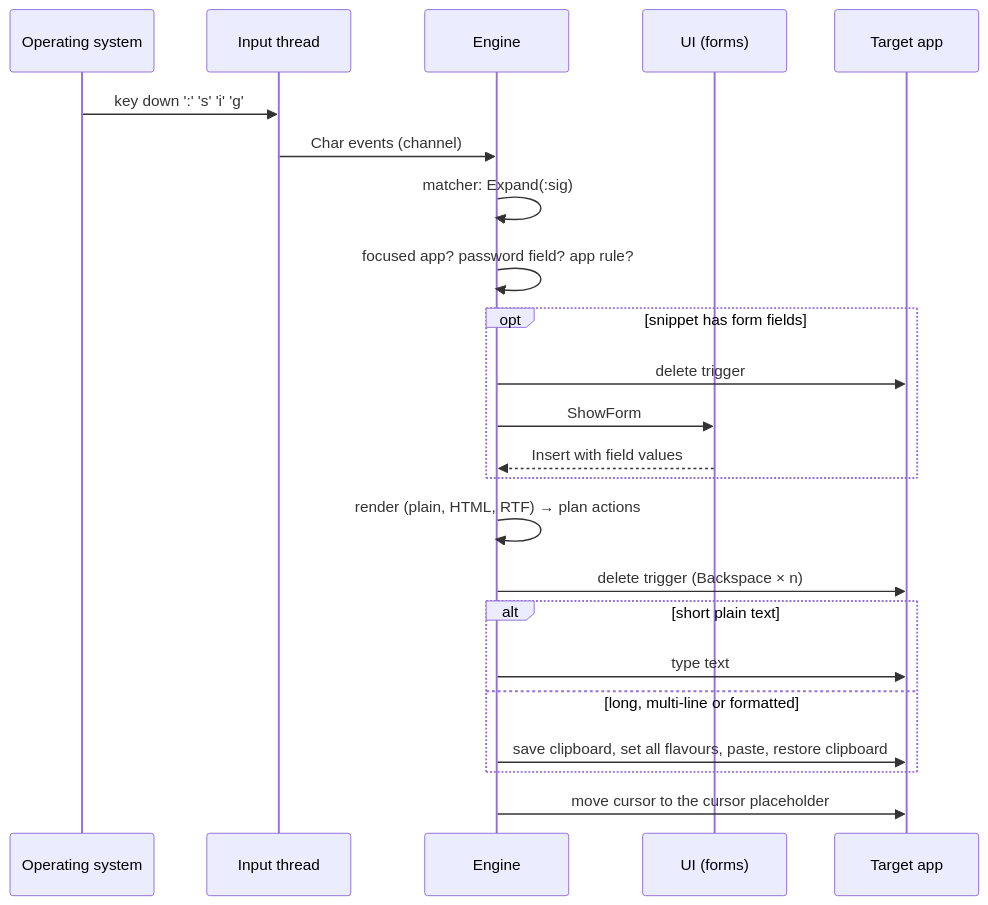
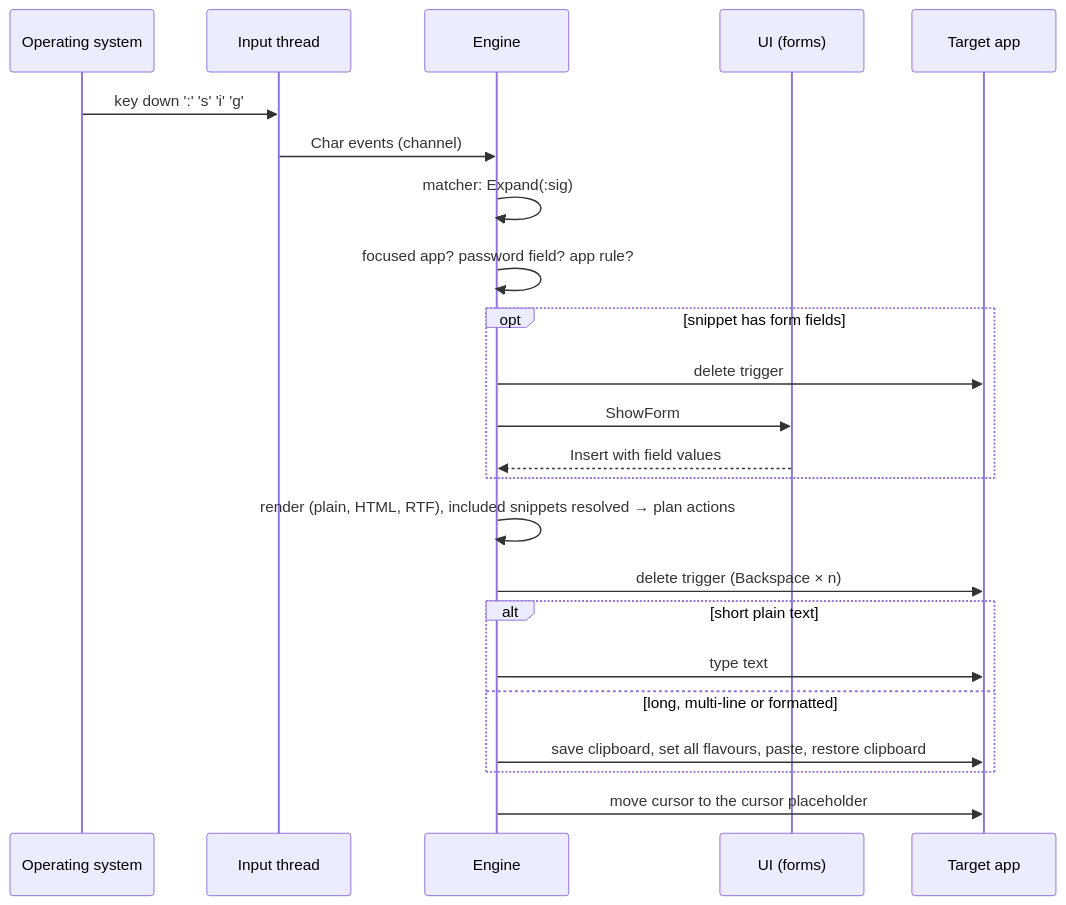
The second of 4 diagrams in docs/architecture.md (typlet-app/typlet), drawn with Mermaid before and after one commit. The commit also changed other lines of this file and 51 other files, not shown here.

````diff
--- a/docs/architecture.md
+++ b/docs/architecture.md
@@ -67,25 +67,25 @@
 ```mermaid
 sequenceDiagram
     participant OS as Operating system
     participant In as Input thread
     participant En as Engine
     participant UI as UI (forms)
     participant App as Target app
     OS->>In: key down ':' 's' 'i' 'g'
     In->>En: Char events (channel)
     En->>En: matcher: Expand(:sig)
     En->>En: focused app? password field? app rule?
     opt snippet has form fields
         En->>App: delete trigger
         En->>UI: ShowForm
         UI-->>En: Insert with field values
     end
-    En->>En: render (plain, HTML, RTF) → plan actions
+    En->>En: render (plain, HTML, RTF), included snippets resolved → plan actions
     En->>App: delete trigger (Backspace × n)
     alt short plain text
         En->>App: type text
     else long, multi-line or formatted
         En->>App: save clipboard, set all flavours, paste, restore clipboard
     end
     En->>App: move cursor to the cursor placeholder
 ```
````
